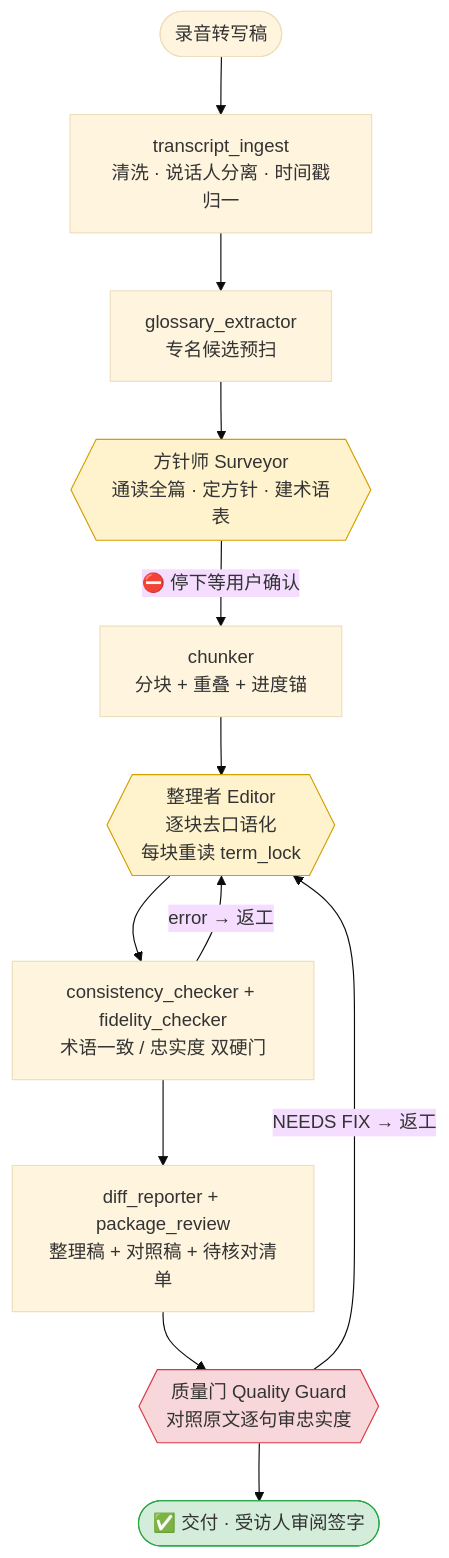
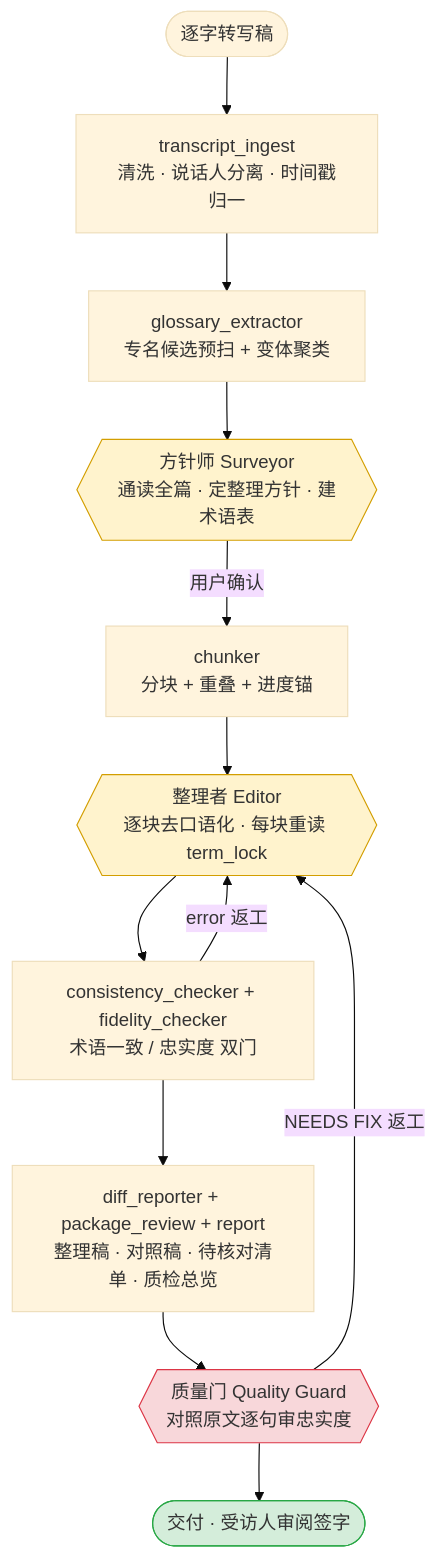
One commit to LeoLin990405/oral-history-toolkit changed the diagram in README.md. Above: the diagram before and after it, drawn with Mermaid (base theme). The commit also changed other lines of this file, not shown here.

````diff
--- a/README.md
+++ b/README.md
@@ -71,19 +74,19 @@
 ```mermaid
 flowchart TD
-    A([录音转写稿]) --> B[transcript_ingest<br/>清洗 · 说话人分离 · 时间戳归一]
-    B --> C[glossary_extractor<br/>专名候选预扫]
-    C --> D{{方针师 Surveyor<br/>通读全篇 · 定方针 · 建术语表}}
-    D -->|⛔ 停下等用户确认| E[chunker<br/>分块 + 重叠 + 进度锚]
-    E --> F{{整理者 Editor<br/>逐块去口语化<br/>每块重读 term_lock}}
-    F --> G[consistency_checker + fidelity_checker<br/>术语一致 / 忠实度 双硬门]
-    G -->|error → 返工| F
-    G --> H[diff_reporter + package_review<br/>整理稿 + 对照稿 + 待核对清单]
+    A([逐字转写稿]) --> B[transcript_ingest<br/>清洗 · 说话人分离 · 时间戳归一]
+    B --> C[glossary_extractor<br/>专名候选预扫 + 变体聚类]
+    C --> D{{方针师 Surveyor<br/>通读全篇 · 定整理方针 · 建术语表}}
+    D -->|用户确认| E[chunker<br/>分块 + 重叠 + 进度锚]
+    E --> F{{整理者 Editor<br/>逐块去口语化 · 每块重读 term_lock}}
+    F --> G[consistency_checker + fidelity_checker<br/>术语一致 / 忠实度 双门]
+    G -->|error 返工| F
+    G --> H[diff_reporter + package_review + report<br/>整理稿 · 对照稿 · 待核对清单 · 质检总览]
     H --> I{{质量门 Quality Guard<br/>对照原文逐句审忠实度}}
-    I -->|NEEDS FIX → 返工| F
-    I --> J([✅ 交付 · 受访人审阅签字])
+    I -->|NEEDS FIX 返工| F
+    I --> J([交付 · 受访人审阅签字])
 
     style D fill:#fff3cd,stroke:#d39e00
     style F fill:#fff3cd,stroke:#d39e00
     style I fill:#f8d7da,stroke:#dc3545
     style J fill:#d4edda,stroke:#28a745
 ```
````
